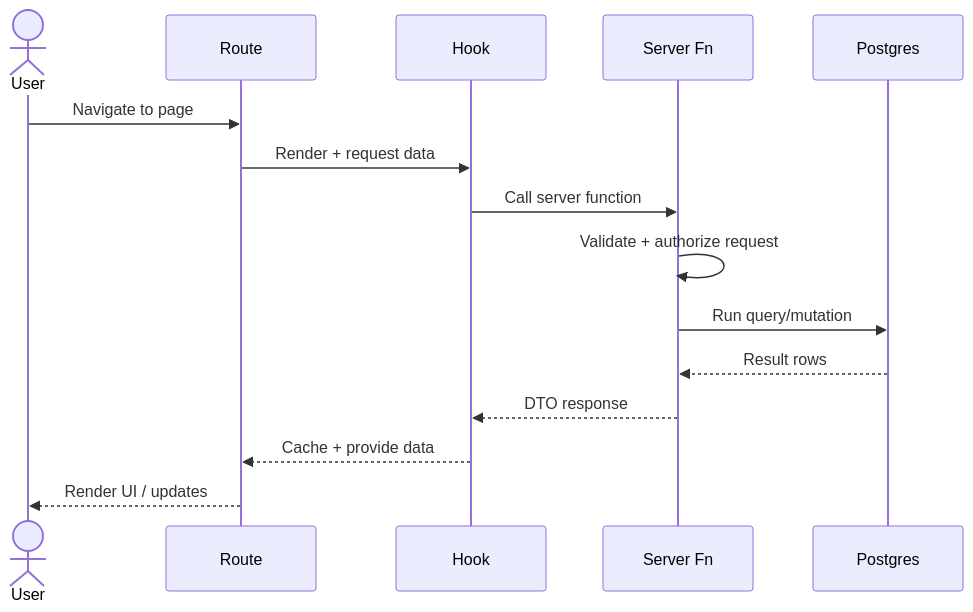
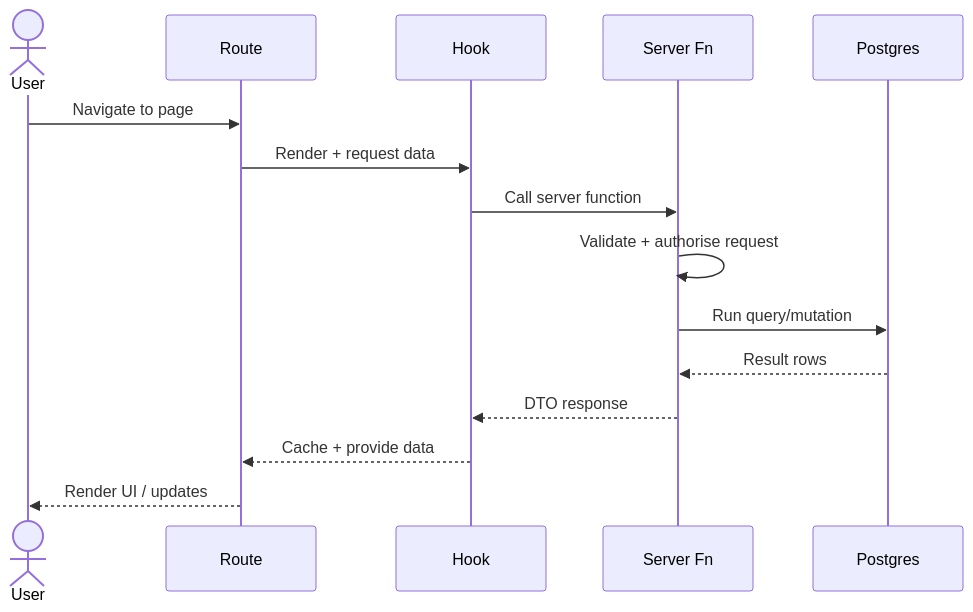
One commit to HeyHemi-dev/heyhemi changed the diagram in src/assets/projects/with-thanks/architecture-sequence.mmd. Above: the diagram before and after it, drawn with Mermaid. The commit also changed 3 other files, not shown here.

Commit message:
Normalise spelling in case studies and diagrams

```diff
--- a/src/assets/projects/with-thanks/architecture-sequence.mmd
+++ b/src/assets/projects/with-thanks/architecture-sequence.mmd
@@ -1,16 +1,16 @@
 sequenceDiagram
   actor U as User
   participant R as Route
   participant H as Hook
   participant SF as Server Fn
   participant DB as Postgres
 
   U->>R: Navigate to page
   R->>H: Render + request data
   H->>SF: Call server function
-  SF->>SF: Validate + authorize request
+  SF->>SF: Validate + authorise request
   SF->>DB: Run query/mutation
   DB-->>SF: Result rows
   SF-->>H: DTO response
   H-->>R: Cache + provide data
   R-->>U: Render UI / updates
```
